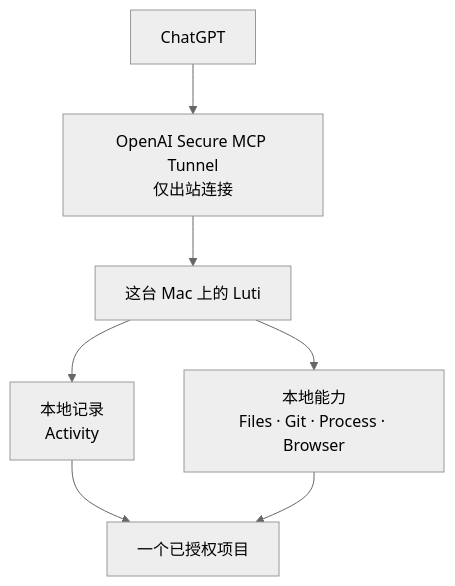
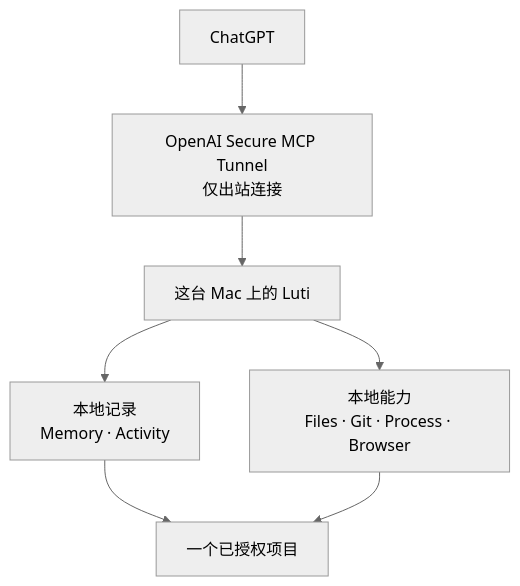
One commit to boltguo/Luti changed the diagram in README.zh-CN.md. Above: the diagram before and after it, drawn with Mermaid (neutral theme). The commit also changed other lines of this file and 7 other files, not shown here.

````diff
--- a/README.zh-CN.md
+++ b/README.zh-CN.md
@@ -27,13 +27,13 @@
 ```mermaid
 flowchart TB
     remote["ChatGPT"]
     tunnel["OpenAI Secure MCP Tunnel<br/>仅出站连接"]
     luti["这台 Mac 上的 Luti"]
-    context["本地记录<br/>Activity"]
+    context["本地记录<br/>Memory · Activity"]
     tools["本地能力<br/>Files · Git · Process · Browser"]
     project["一个已授权项目"]
 
     remote --> tunnel --> luti
     luti --> context --> project
     luti --> tools --> project
 ```
````
